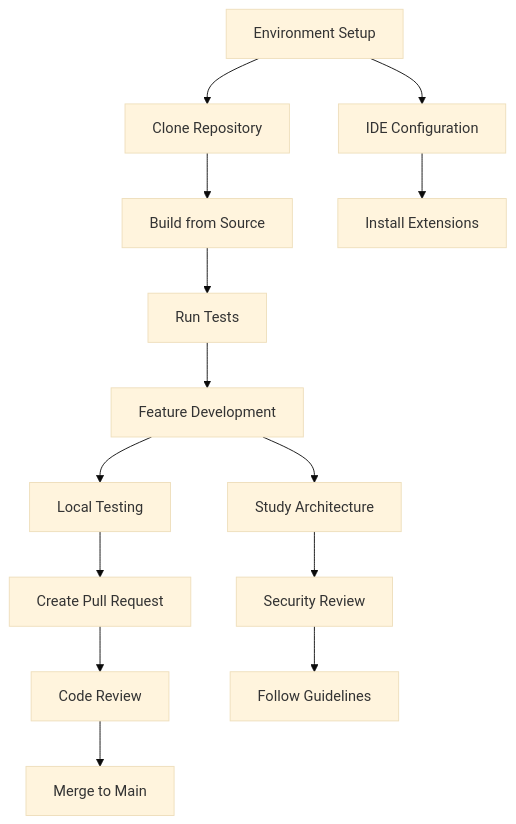
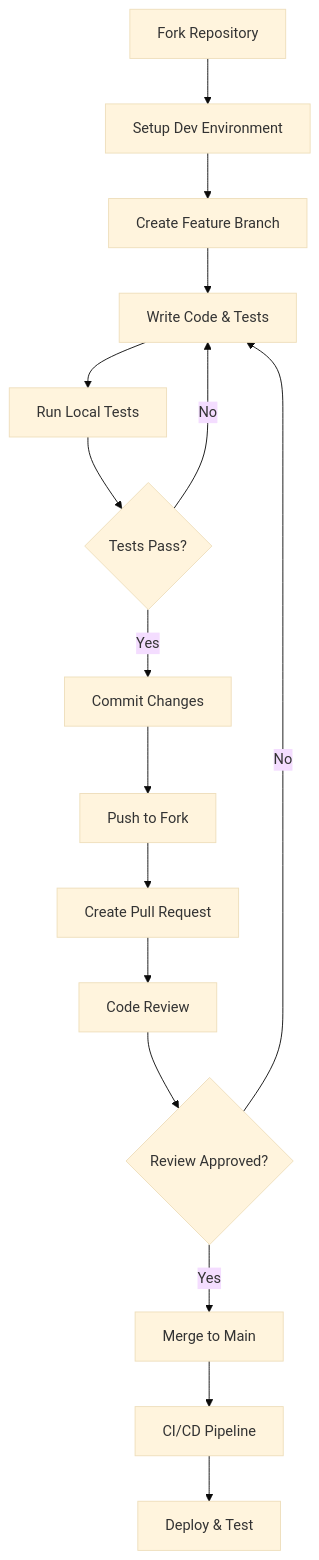
The diagram in docs/development/README.md (Praesto-Pro/openframe-cli), drawn with Mermaid (base theme) before and after one commit. The commit also changed other lines of this file and 19 other files, not shown here.

````diff
--- a/docs/development/README.md
+++ b/docs/development/README.md
@@ -69,18 +59,18 @@
 ```mermaid
-graph TD
-    Setup[Environment Setup] --> Clone[Clone Repository]
-    Clone --> Build[Build from Source]
-    Build --> Test[Run Tests]
-    Test --> Develop[Feature Development]
-    Develop --> TestLocal[Local Testing]
-    TestLocal --> PR[Create Pull Request]
-    PR --> Review[Code Review]
-    Review --> Merge[Merge to Main]
-    
-    Setup --> IDE[IDE Configuration]
-    IDE --> Extensions[Install Extensions]
-    
-    Develop --> Architecture[Study Architecture]
-    Architecture --> Security[Security Review]
-    Security --> Guidelines[Follow Guidelines]
+flowchart TD
+    A[Fork Repository] --> B[Setup Dev Environment]
+    B --> C[Create Feature Branch]
+    C --> D[Write Code & Tests]
+    D --> E[Run Local Tests]
+    E --> F{Tests Pass?}
+    F -->|No| D
+    F -->|Yes| G[Commit Changes]
+    G --> H[Push to Fork]
+    H --> I[Create Pull Request]
+    I --> J[Code Review]
+    J --> K{Review Approved?}
+    K -->|No| D
+    K -->|Yes| L[Merge to Main]
+    L --> M[CI/CD Pipeline]
+    M --> N[Deploy & Test]
 ```
````
